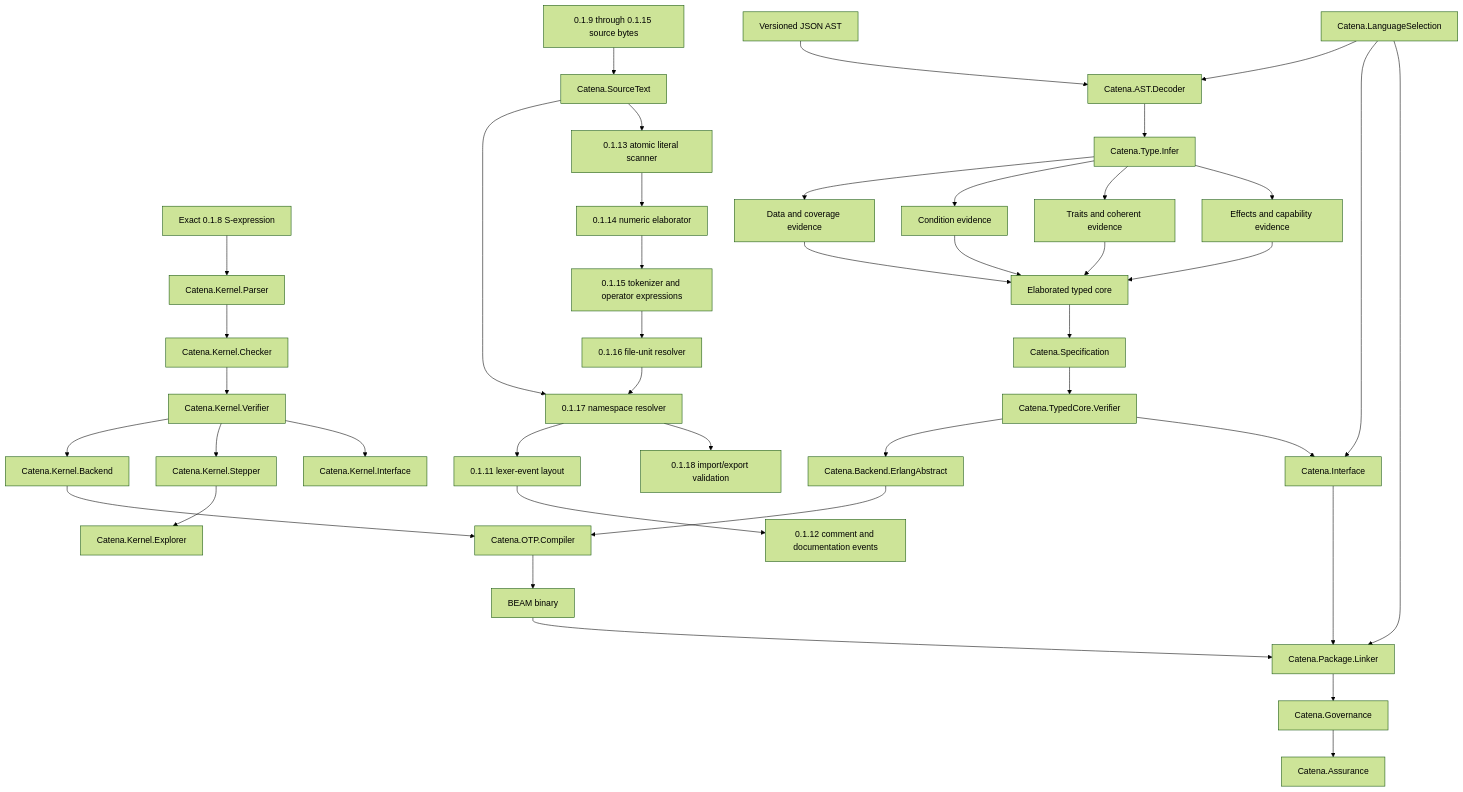
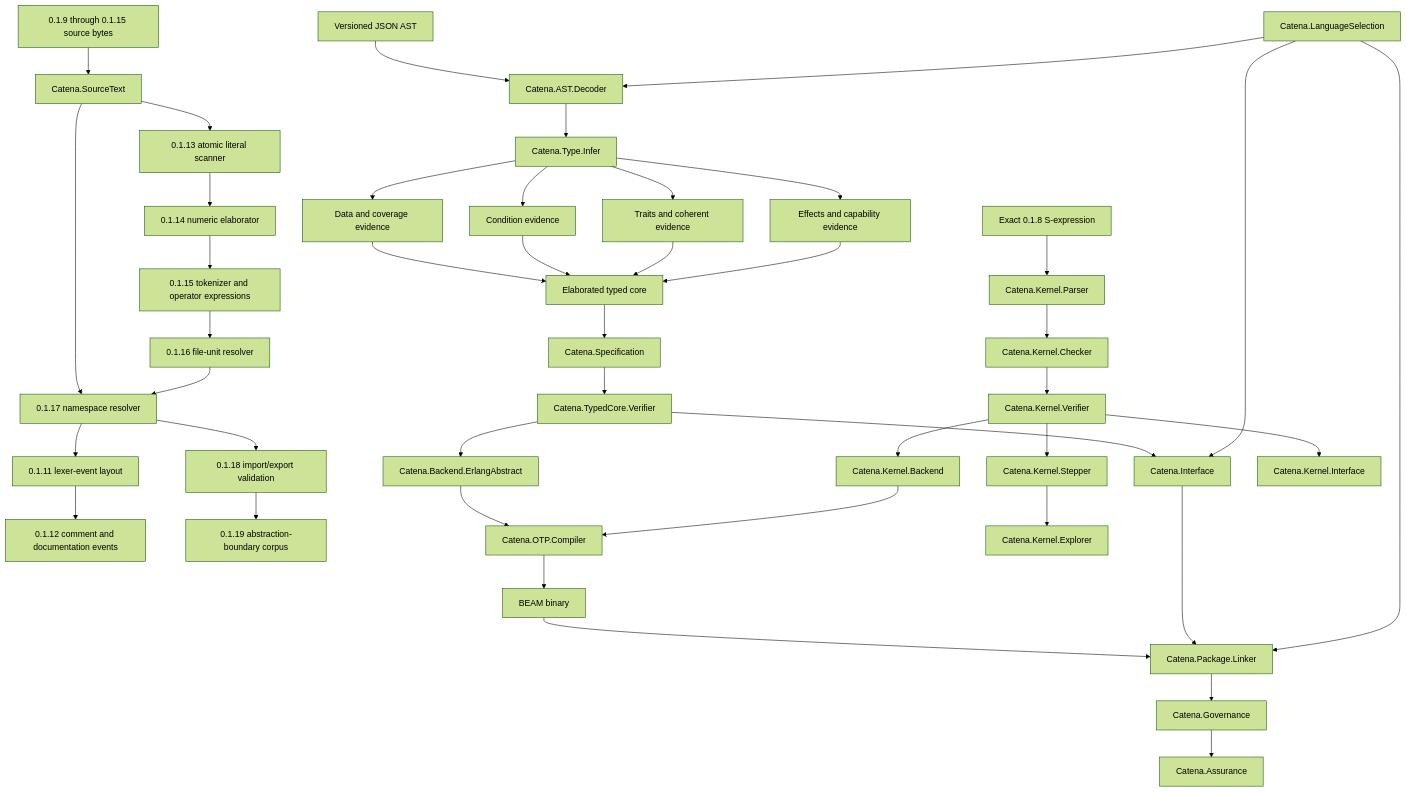
Before and after one commit to pcharbon70/catena: the diagram in guides/development/compiler-architecture.md, drawn with Mermaid (forest theme). The commit also changed other lines of this file and 28 other files, not shown here.

````diff
--- a/guides/development/compiler-architecture.md
+++ b/guides/development/compiler-architecture.md
@@ -46,45 +46,46 @@
 ```mermaid
 flowchart TD
     JSON[Versioned JSON AST] --> Decoder[Catena.AST.Decoder]
     Kernel[Exact 0.1.8 S-expression] --> KParser[Catena.Kernel.Parser]
     Source[0.1.9 through 0.1.15 source bytes] --> SourceText[Catena.SourceText]
     SourceText --> Names[Standalone 0.1.10 names]
     Names --> Layout[0.1.11 lexer-event layout]
     Layout --> Comments[0.1.12 comment and documentation events]
     SourceText --> Literals[0.1.13 atomic literal scanner]
     Literals --> Numeric[0.1.14 numeric elaborator]
     Numeric --> Tokens[0.1.15 tokenizer and operator expressions]
     Tokens --> FileUnits[0.1.16 file-unit resolver]
     FileUnits --> Names[0.1.17 namespace resolver]
     Names --> Imports[0.1.18 import/export validation]
+    Imports --> Abstraction[0.1.19 abstraction-boundary corpus]
     Selection[Catena.LanguageSelection] --> Decoder
     Decoder --> Infer[Catena.Type.Infer]
     Infer --> Data[Data and coverage evidence]
     Infer --> Cond[Condition evidence]
     Infer --> Cat[Traits and coherent evidence]
     Infer --> FX[Effects and capability evidence]
     Data --> Core[Elaborated typed core]
     Cond --> Core
     Cat --> Core
     FX --> Core
     Core --> Spec[Catena.Specification]
     Spec --> Verify[Catena.TypedCore.Verifier]
     Verify --> Backend[Catena.Backend.ErlangAbstract]
     Backend --> OTP[Catena.OTP.Compiler]
     OTP --> Beam[BEAM binary]
     Verify --> Interface[Catena.Interface]
     KParser --> KCheck[Catena.Kernel.Checker]
     KCheck --> KVerify[Catena.Kernel.Verifier]
     KVerify --> KBackend[Catena.Kernel.Backend]
     KVerify --> Stepper[Catena.Kernel.Stepper]
     Stepper --> Explorer[Catena.Kernel.Explorer]
     KBackend --> OTP
     KVerify --> KInterface[Catena.Kernel.Interface]
 
     Beam --> Linker[Catena.Package.Linker]
     Interface --> Linker
     Selection --> Interface
     Selection --> Linker
     Linker --> Governance[Catena.Governance]
     Governance --> Assurance[Catena.Assurance]
 ```
````
